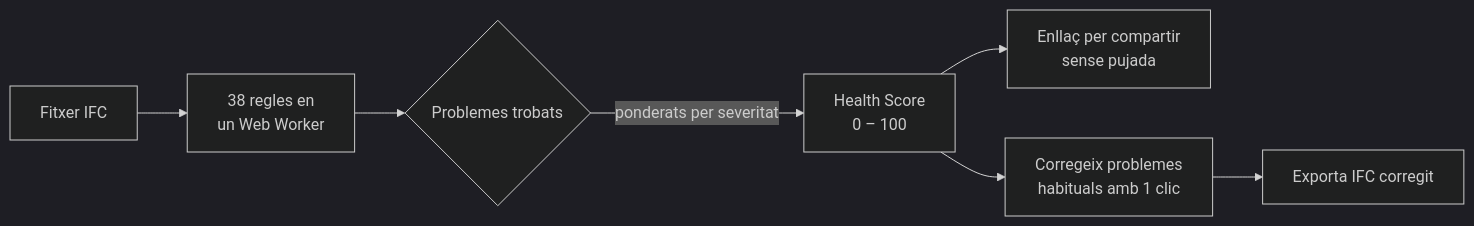
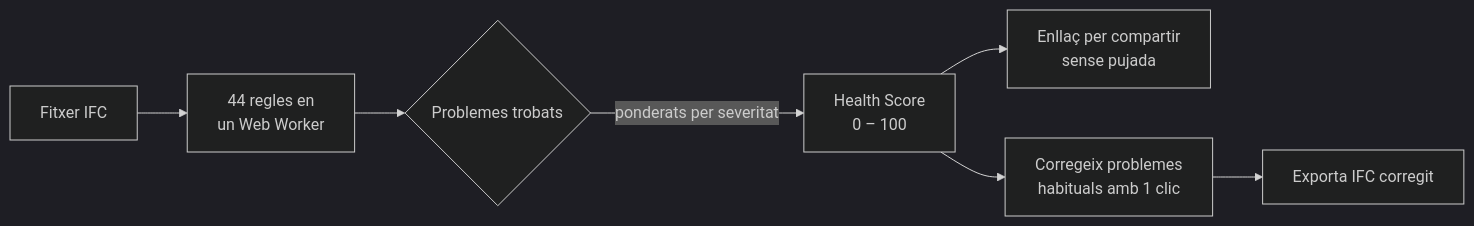
Before and after one commit to j03rul4nd/ifc-viewer-online: the first of 2 diagrams in README.ca.md, drawn with Mermaid (dark theme). The commit also changed other lines of this file and 24 other files, not shown here.

````diff
--- a/README.ca.md
+++ b/README.ca.md
@@ -125,9 +127,9 @@
 ```mermaid
 flowchart LR
-    A[Fitxer IFC] --> B[38 regles en<br/>un Web Worker]
+    A[Fitxer IFC] --> B[44 regles en<br/>un Web Worker]
     B --> C{Problemes trobats}
     C -->|ponderats per severitat| D[Health Score<br/>0 – 100]
     D --> E[Enllaç per compartir<br/>sense pujada]
     D --> F[Corregeix problemes<br/>habituals amb 1 clic]
     F --> G[Exporta IFC corregit]
 ```
````
